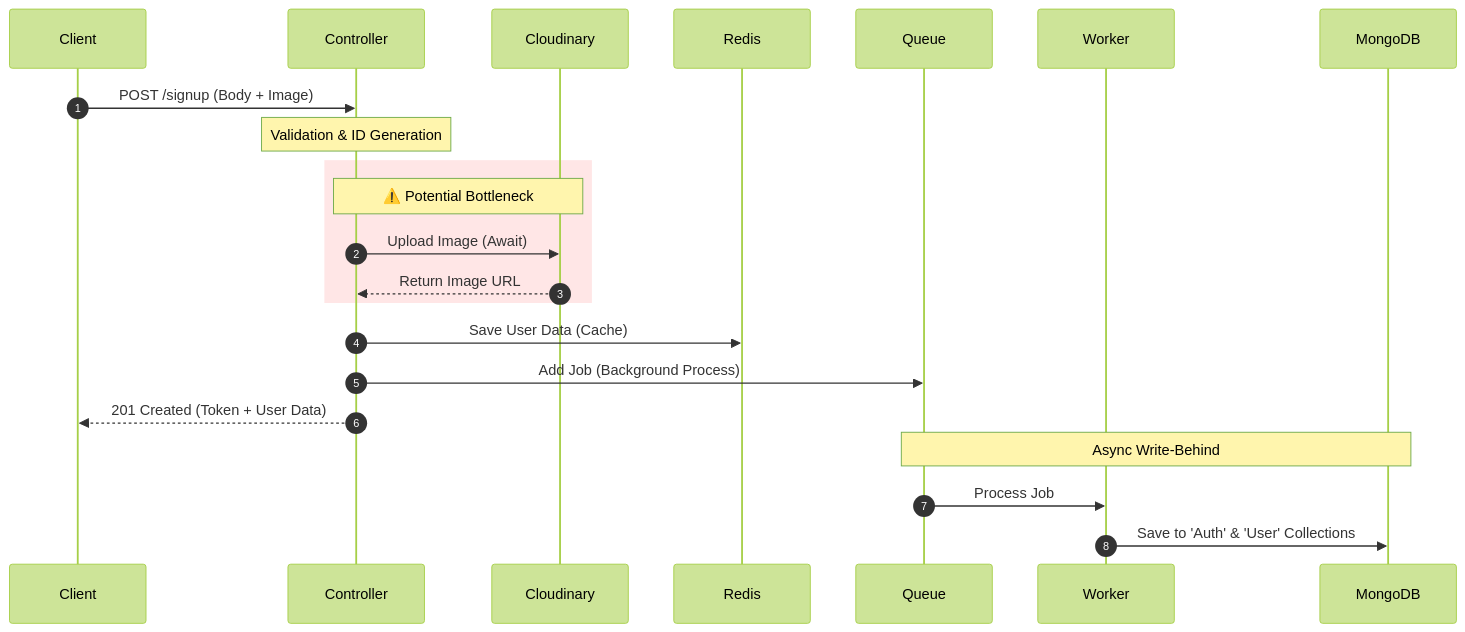
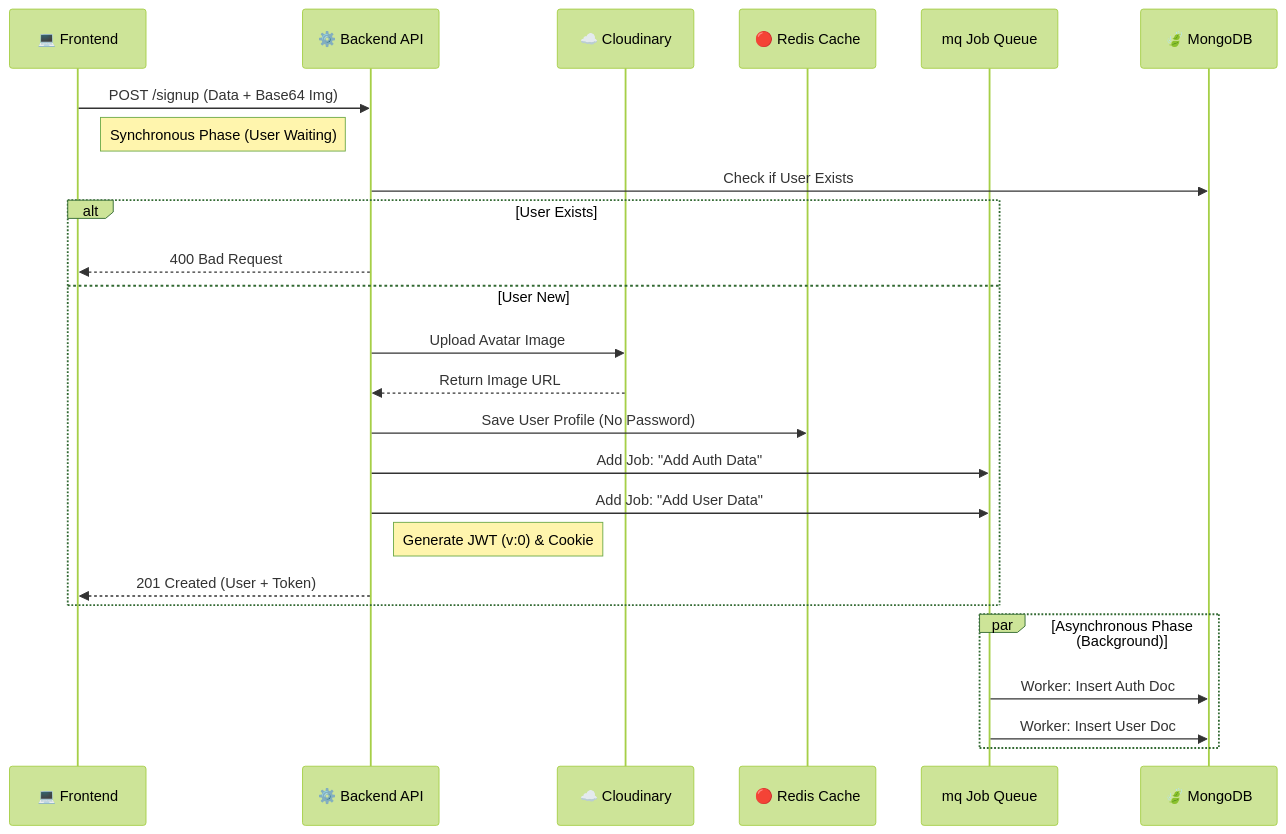
Before and after one commit to MenaAdelNassry/chatty-app: the diagram in src/features/auth/docs/signup.docs.md, drawn with Mermaid (forest theme). The commit also changed other lines of this file and 110 other files, not shown here.

````diff
--- a/src/features/auth/docs/signup.docs.md
+++ b/src/features/auth/docs/signup.docs.md
@@ -7,30 +102,35 @@
 ```mermaid
 sequenceDiagram
-    autonumber
-    participant Client
-    participant Controller
-    participant Cloudinary
-    participant Redis
-    participant Queue
-    participant Worker
-    participant DB as MongoDB
+    participant Client as 💻 Frontend
+    participant Server as ⚙️ Backend API
+    participant Cloud as ☁️ Cloudinary
+    participant Redis as 🔴 Redis Cache
+    participant Queue as mq Job Queue
+    participant DB as 🍃 MongoDB
 
-    Client->>Controller: POST /signup (Body + Image)
+    Client->>Server: POST /signup (Data + Base64 Img)
+    
+    Note right of Client: Synchronous Phase (User Waiting)
 
-    Note over Controller: Validation & ID Generation
-
-    rect rgb(255, 230, 230)
-        Note over Controller, Cloudinary: ⚠️ Potential Bottleneck
-        Controller->>Cloudinary: Upload Image (Await)
-        Cloudinary-->>Controller: Return Image URL
+    Server->>DB: Check if User Exists
+    alt User Exists
+        Server-->>Client: 400 Bad Request
+    else User New
+        Server->>Cloud: Upload Avatar Image
+        Cloud-->>Server: Return Image URL
+        
+        Server->>Redis: Save User Profile (No Password)
+        
+        Server->>Queue: Add Job: "Add Auth Data"
+        Server->>Queue: Add Job: "Add User Data"
+        
+        Note right of Server: Generate JWT (v:0) & Cookie
+        
+        Server-->>Client: 201 Created (User + Token)
     end
 
-    Controller->>Redis: Save User Data (Cache)
-    Controller->>Queue: Add Job (Background Process)
-
-    Controller-->>Client: 201 Created (Token + User Data)
-
-    Note over Queue, DB: Async Write-Behind
-    Queue->>Worker: Process Job
-    Worker->>DB: Save to 'Auth' & 'User' Collections
+    par Asynchronous Phase (Background)
+        Queue->>DB: Worker: Insert Auth Doc
+        Queue->>DB: Worker: Insert User Doc
+    end
 ```
````
